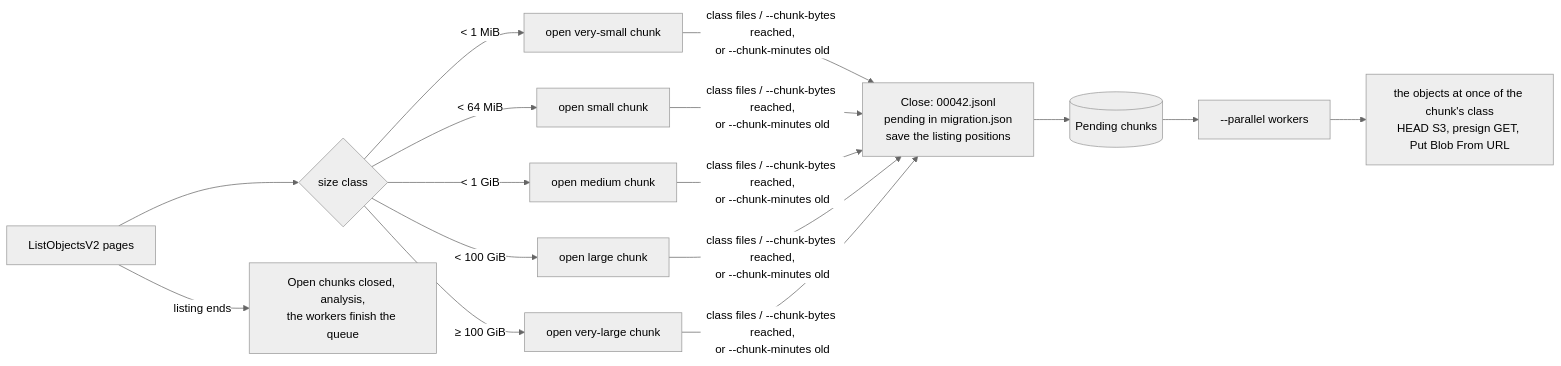
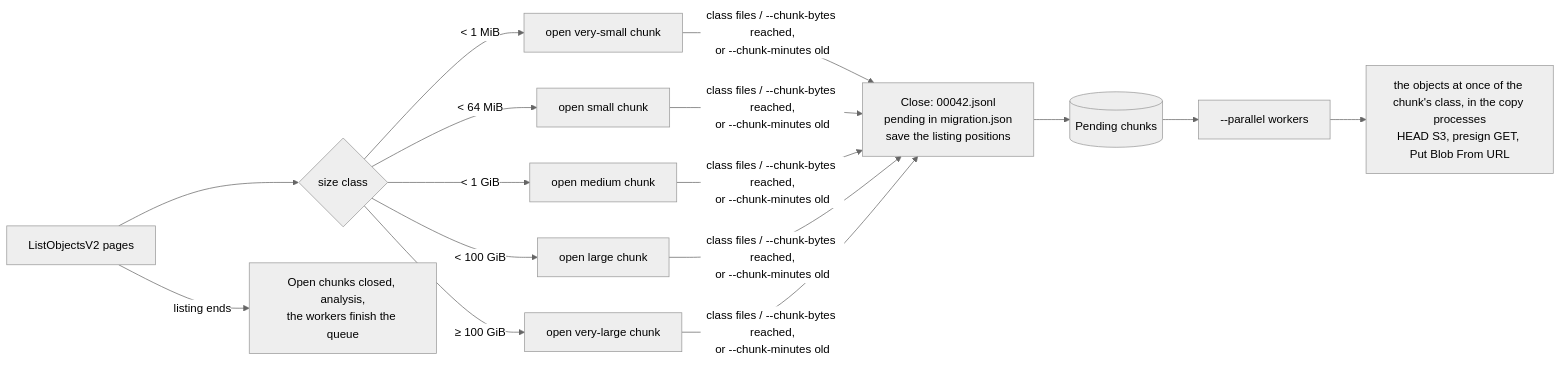
The diagram in docs/how-it-works.md (william-liebenberg/azcopy-commander), drawn with Mermaid (neutral theme) before and after one commit. The commit also changed other lines of this file and 12 other files, not shown here.

First line of the commit message:
copy: send the copy requests from child processes, to use more than one CPU core

````diff
--- a/docs/how-it-works.md
+++ b/docs/how-it-works.md
@@ -22,14 +24,14 @@
 ```mermaid
 flowchart LR
   L[ListObjectsV2 pages] --> K{size class}
   K -->|< 1 MiB| XS[open very-small chunk]
   K -->|< 64 MiB| S[open small chunk]
   K -->|< 1 GiB| M[open medium chunk]
   K -->|< 100 GiB| LG[open large chunk]
   K -->|≥ 100 GiB| XL[open very-large chunk]
   XS & S & M & LG & XL -- "class files / --chunk-bytes reached,<br/>or --chunk-minutes old" --> C[Close: 00042.jsonl<br/>pending in migration.json<br/>save the listing positions]
   C --> Q[(Pending chunks)]
   Q --> P[--parallel workers]
-  P --> W[the objects at once of the chunk's class<br/>HEAD S3, presign GET, Put Blob From URL]
+  P --> W[the objects at once of the chunk's class, in the copy processes<br/>HEAD S3, presign GET, Put Blob From URL]
   L -- listing ends --> E[Open chunks closed, analysis,<br/>the workers finish the queue]
 ```
````
